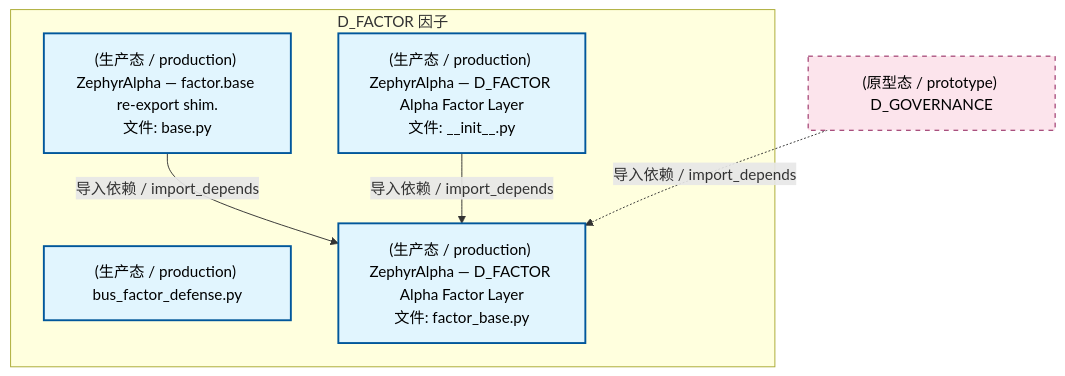
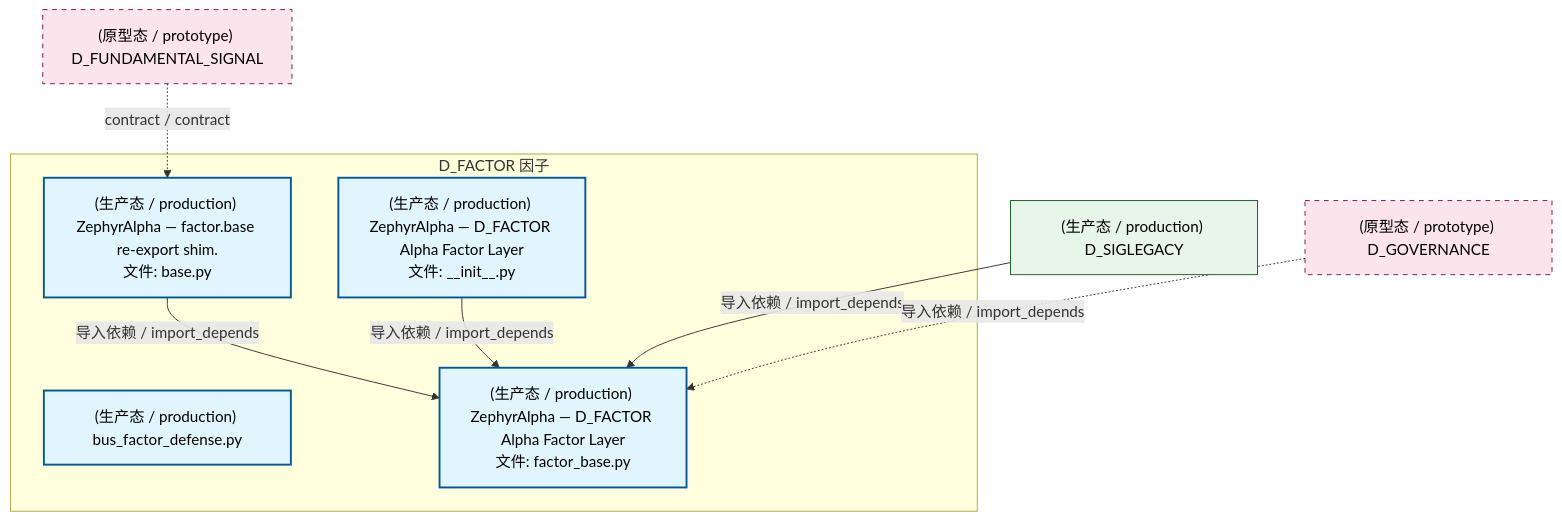
Before and after one commit to xuanFelixVan/ZephyrAlpha: the second of 4 diagrams in docs/02_enterprise_architecture/02_domain_architecture_docs/34_d_factor.md, drawn with Mermaid. The commit also changed other lines of this file and 112 other files, not shown here.

````diff
--- a/docs/02_enterprise_architecture/02_domain_architecture_docs/34_d_factor.md
+++ b/docs/02_enterprise_architecture/02_domain_architecture_docs/34_d_factor.md
@@ -120,19 +124,24 @@
 ```mermaid
 graph TD
     subgraph D_FACTOR["D_FACTOR 因子"]
         src_zephyr_factor_init_py["(生产态 / production) ZephyrAlpha — D_FACTOR Alpha Factor Layer<br/>文件: __init__.py"]
         src_zephyr_factor_base_py["(生产态 / production) ZephyrAlpha — factor.base re-export shim.<br/>文件: base.py"]
         src_zephyr_factor_bus_factor_defense_py["(生产态 / production) bus_factor_defense.py"]
         src_zephyr_factor_factor_base_py["(生产态 / production) ZephyrAlpha — D_FACTOR Alpha Factor Layer<br/>文件: factor_base.py"]
     end
     src_zephyr_factor_base_py -->|导入依赖 / import_depends| src_zephyr_factor_factor_base_py
     src_zephyr_factor_init_py -->|导入依赖 / import_depends| src_zephyr_factor_factor_base_py
+    D_FUNDAMENTAL_SIGNAL["(原型态 / prototype) D_FUNDAMENTAL_SIGNAL"]
+    D_FUNDAMENTAL_SIGNAL -.->|contract / contract| src_zephyr_factor_base_py
+    D_SIGLEGACY["(生产态 / production) D_SIGLEGACY"]
+    D_SIGLEGACY -->|导入依赖 / import_depends| src_zephyr_factor_factor_base_py
     D_GOVERNANCE["(原型态 / prototype) D_GOVERNANCE"]
     D_GOVERNANCE -.->|导入依赖 / import_depends| src_zephyr_factor_factor_base_py
     classDef production fill:#e1f5fe,stroke:#01579b,stroke-width:2px,color:#000
     classDef design fill:#fff3e0,stroke:#e65100,stroke-width:2px,color:#000,stroke-dasharray: 5 5
     classDef external_prod fill:#e8f5e9,stroke:#1b5e20,stroke-width:1px,color:#000
     classDef external_design fill:#fce4ec,stroke:#880e4f,stroke-width:1px,color:#000,stroke-dasharray: 5 5
     class src_zephyr_factor_init_py,src_zephyr_factor_base_py,src_zephyr_factor_bus_factor_defense_py,src_zephyr_factor_factor_base_py production
-    class D_GOVERNANCE external_design
+    class D_SIGLEGACY external_prod
+    class D_FUNDAMENTAL_SIGNAL,D_GOVERNANCE external_design
 ```
````
